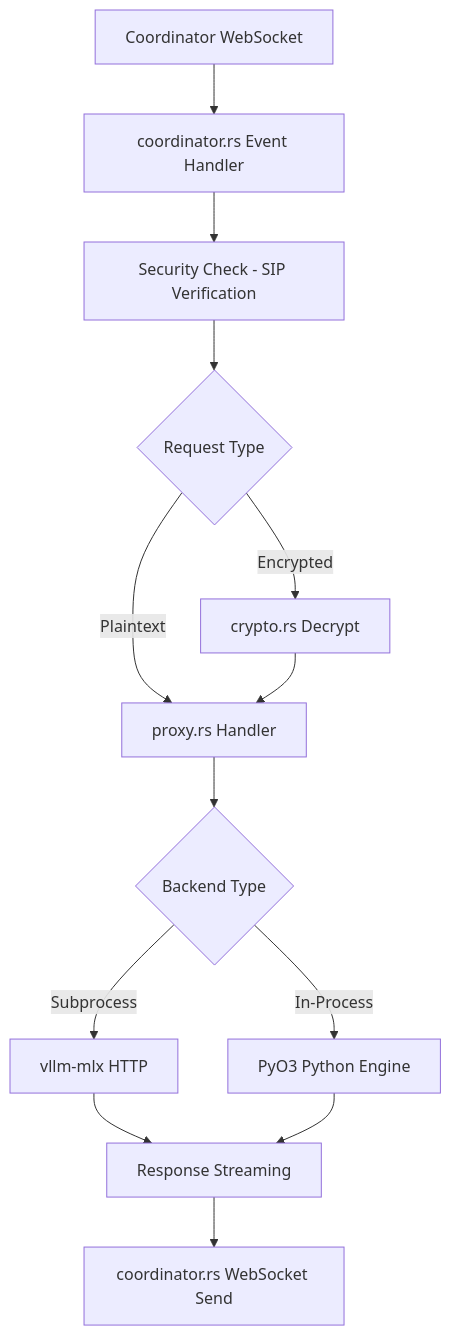
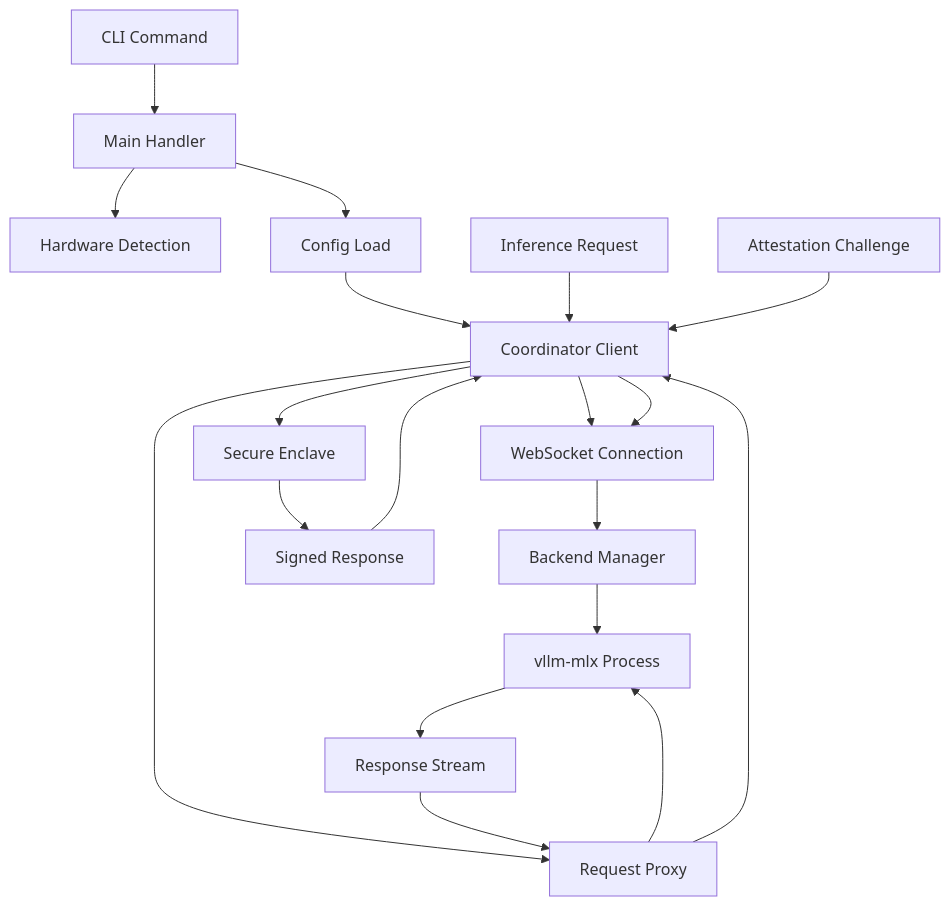
One commit to researchoors/knowledge-maintenance changed the diagram in artifacts/d-inference/service_analyses/darkbloom.md. Above: the diagram before and after it, drawn with Mermaid. The commit also changed other lines of this file and 22 other files, not shown here.

````diff
--- a/artifacts/d-inference/service_analyses/darkbloom.md
+++ b/artifacts/d-inference/service_analyses/darkbloom.md
@@ -92,15 +46,23 @@
 ```mermaid
 graph TD
-    A[Coordinator WebSocket] --> B[coordinator.rs Event Handler]
-    B --> C[Security Check - SIP Verification]
-    C --> D{Request Type}
-    D -->|Encrypted| E[crypto.rs Decrypt]
-    D -->|Plaintext| F[proxy.rs Handler]
+    A[CLI Command] --> B[Main Handler]
+    B --> C[Hardware Detection]
+    B --> D[Config Load]
+    D --> E[Coordinator Client]
+    E --> F[WebSocket Connection]
+    F --> G[Backend Manager]
+    G --> H[vllm-mlx Process]
+    
+    I[Inference Request] --> E
+    E --> J[Request Proxy]
+    J --> H
+    H --> K[Response Stream]
+    K --> J
+    J --> E
     E --> F
-    F --> G{Backend Type}
-    G -->|Subprocess| H[vllm-mlx HTTP]
-    G -->|In-Process| I[PyO3 Python Engine]
-    H --> J[Response Streaming]
-    I --> J
-    J --> K[coordinator.rs WebSocket Send]
+    
+    L[Attestation Challenge] --> E
+    E --> M[Secure Enclave]
+    M --> N[Signed Response]
+    N --> E
 ```
````
